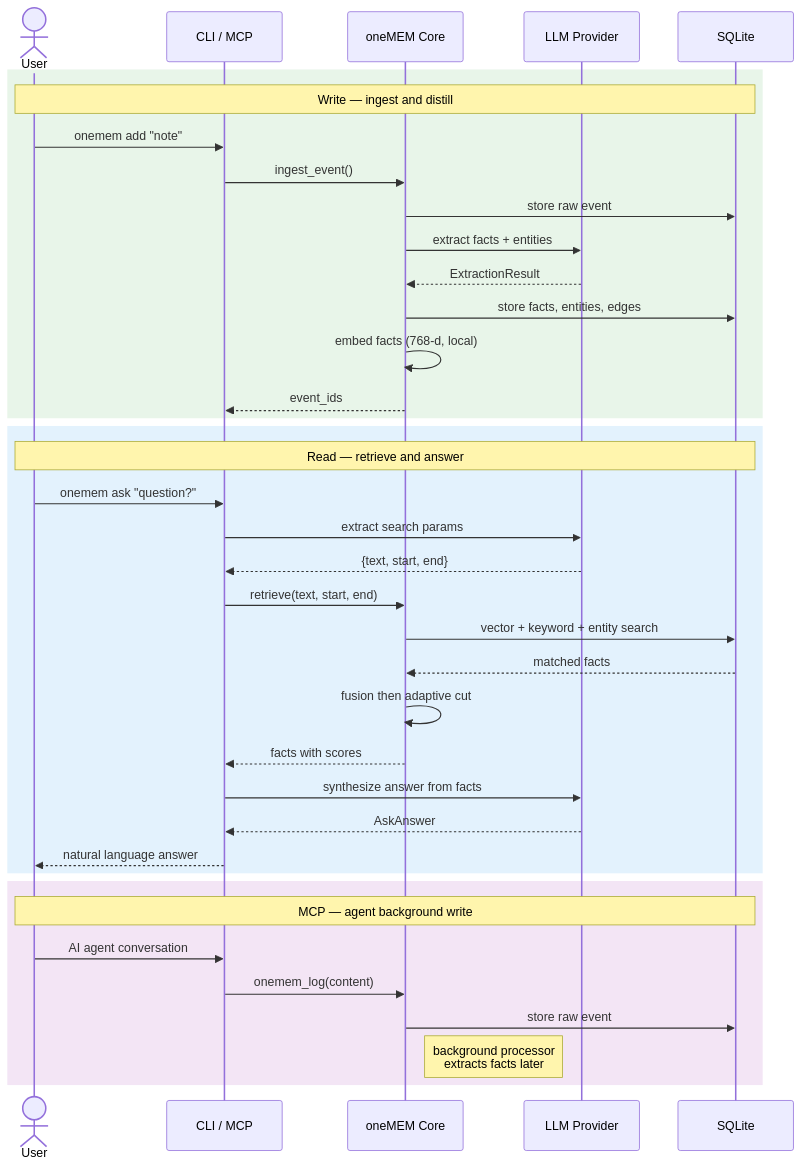
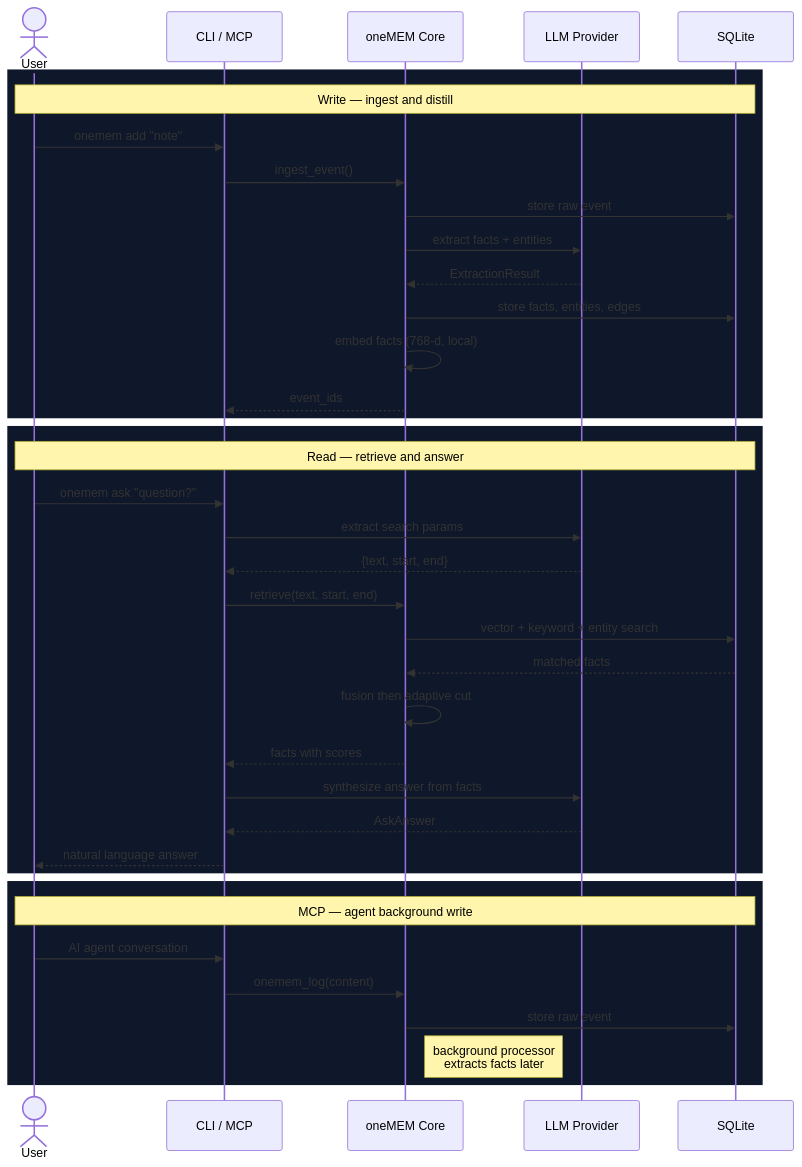
Before and after one commit to shashank-tomar0/onemem: the second of 2 diagrams in README.md, drawn with Mermaid.

Commit message:
polish: dark-theme mermaid sequence diagram matching architecture style
Replace colored rect sections with uniform dark (#0F172A) background
and explicit dark theme variables so the User Flow diagram matches
the Architecture diagram's visual style.

Generated with Codebuff 🤖

````diff
--- a/README.md
+++ b/README.md
@@ -148,43 +148,44 @@
 ```mermaid
+%%{ init: { 'theme': 'dark', 'themeVariables': { 'actorBkg': '#7C3AED', 'actorTextColor': '#fff', 'actorBorder': '#9F67FF', 'signalColor': '#E2E8F0', 'signalTextColor': '#E2E8F0', 'noteBkgColor': '#1E293B', 'noteTextColor': '#E2E8F0', 'noteBorderColor': '#475569', 'rectBkgColor': '#0F172A', 'rectBorderColor': '#334155', 'rectTextColor': '#E2E8F0', 'sequenceNumberColor': '#fff' } }%%
 sequenceDiagram
     actor User
     participant CLI as CLI / MCP
     participant Core as oneMEM Core
     participant LLM as LLM Provider
     participant DB as SQLite
 
-    rect rgb(232, 245, 233)
+    rect rgb(15, 23, 42)
         Note over User, DB: Write — ingest and distill
         User ->> CLI: onemem add "note"
         CLI ->> Core: ingest_event()
         Core ->> DB: store raw event
         Core ->> LLM: extract facts + entities
         LLM -->> Core: ExtractionResult
         Core ->> DB: store facts, entities, edges
         Core ->> Core: embed facts (768-d, local)
         Core -->> CLI: event_ids
     end
 
-    rect rgb(227, 242, 253)
+    rect rgb(15, 23, 42)
         Note over User, DB: Read — retrieve and answer
         User ->> CLI: onemem ask "question?"
         CLI ->> LLM: extract search params
         LLM -->> CLI: {text, start, end}
         CLI ->> Core: retrieve(text, start, end)
         Core ->> DB: vector + keyword + entity search
         DB -->> Core: matched facts
         Core ->> Core: fusion then adaptive cut
         Core -->> CLI: facts with scores
         CLI ->> LLM: synthesize answer from facts
         LLM -->> CLI: AskAnswer
         CLI -->> User: natural language answer
     end
 
-    rect rgb(243, 229, 245)
+    rect rgb(15, 23, 42)
         Note over User, DB: MCP — agent background write
         User ->> CLI: AI agent conversation
         CLI ->> Core: onemem_log(content)
         Core ->> DB: store raw event
         Note right of Core: background processor<br/>extracts facts later
     end
 ```
````
